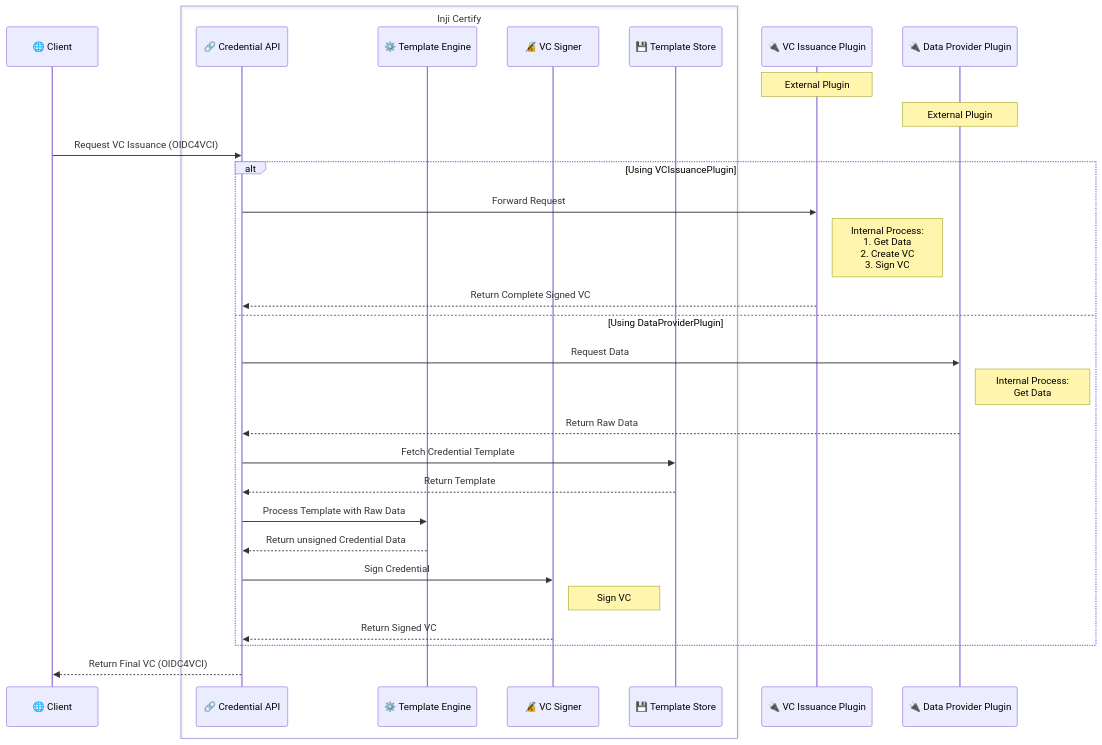
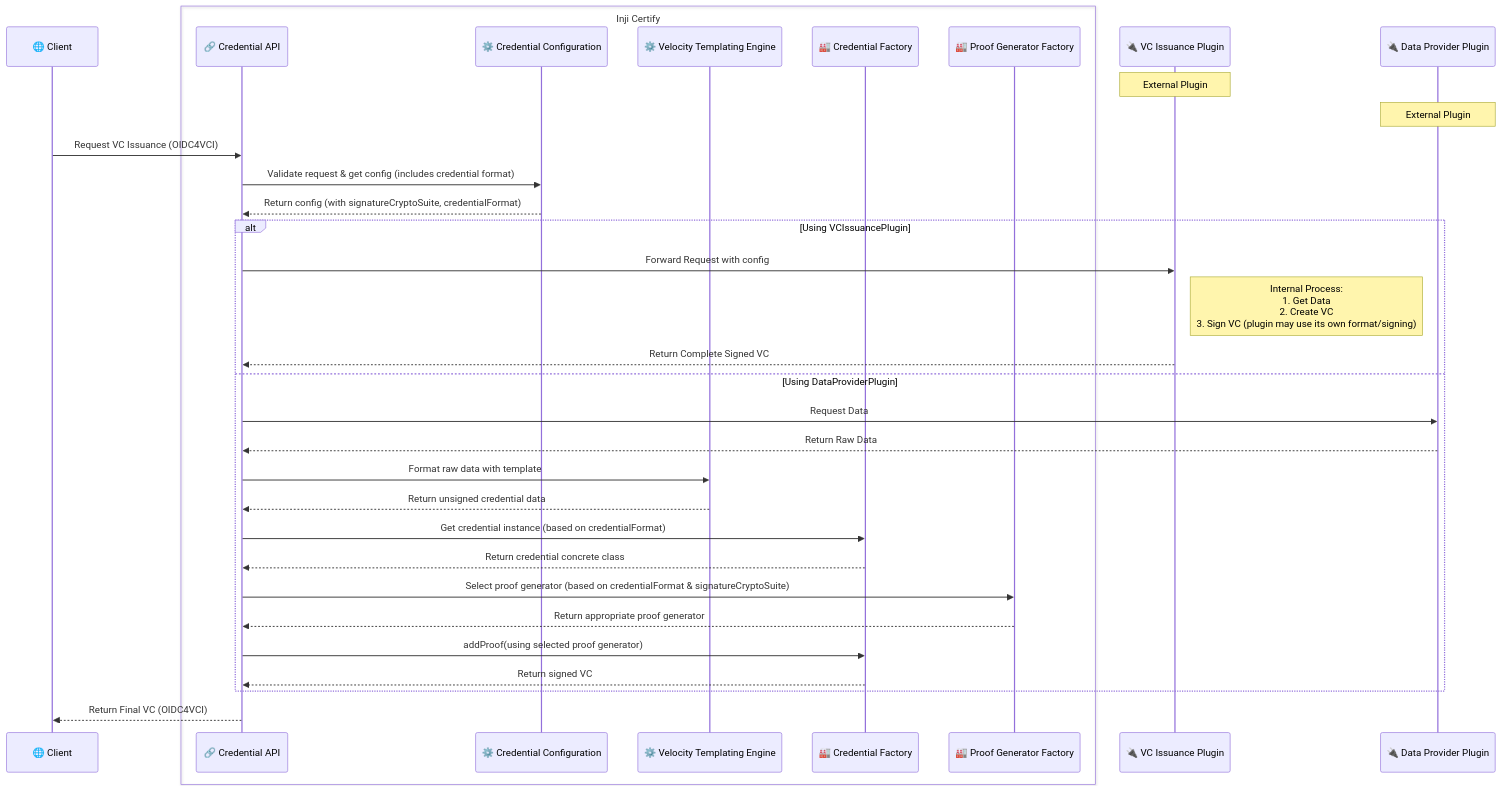
Before and after one commit to mosip/inji-certify: the diagram in docs/VCIssuance-vs-DataProvider.md, drawn with Mermaid. The commit also changed 4 other files, not shown here.

````diff
--- a/docs/VCIssuance-vs-DataProvider.md
+++ b/docs/VCIssuance-vs-DataProvider.md
@@ -11,40 +11,44 @@
 ```mermaid
 sequenceDiagram
     participant Client as 🌐 Client
     box Inji Certify #E6F3FF
-    participant credential_endpoint as 🔗 Credential API
-    participant VelocityEngine as ⚙️ Template Engine
-    participant VCSigner as 🔏 VC Signer
-    participant TemplateDB as 💾 Template Store
+    participant CredentialAPI as 🔗 Credential API
+    participant CredentialConfiguration as ⚙️ Credential Configuration
+    participant VelocityTemplatingEngine as ⚙️ Velocity Templating Engine
+    participant CredentialFactory as 🏭 Credential Factory
+    participant ProofGeneratorFactory as 🏭 Proof Generator Factory
     end
     participant VCIssuancePlugin as 🔌 VC Issuance Plugin
     participant DataProviderPlugin as 🔌 Data Provider Plugin
     
     Note over VCIssuancePlugin: External Plugin
     Note over DataProviderPlugin: External Plugin
-    
-    Client->>credential_endpoint: Request VC Issuance (OIDC4VCI)
+
+    Client->>CredentialAPI: Request VC Issuance (OIDC4VCI)
+    CredentialAPI->>CredentialConfiguration: Validate request & get config (includes credential format)
+    CredentialConfiguration-->>CredentialAPI: Return config (with signatureCryptoSuite, credentialFormat)
+
     alt Using VCIssuancePlugin
-        credential_endpoint->>VCIssuancePlugin: Forward Request
-        Note right of VCIssuancePlugin: Internal Process:<br/>1. Get Data<br/>2. Create VC<br/>3. Sign VC
-        VCIssuancePlugin-->>credential_endpoint: Return Complete Signed VC
-        
+        CredentialAPI->>VCIssuancePlugin: Forward Request with config
+        Note right of VCIssuancePlugin: Internal Process:<br/>1. Get Data<br/>2. Create VC<br/>3. Sign VC (plugin may use its own format/signing)
+        VCIssuancePlugin-->>CredentialAPI: Return Complete Signed VC
+
     else Using DataProviderPlugin
-        credential_endpoint->>DataProviderPlugin: Request Data
-        Note right of DataProviderPlugin: Internal Process:<br/>Get Data
-        DataProviderPlugin-->>credential_endpoint: Return Raw Data
-        
-        credential_endpoint->>TemplateDB: Fetch Credential Template
-        TemplateDB-->>credential_endpoint: Return Template
-        
-        credential_endpoint->>VelocityEngine: Process Template with Raw Data
-        VelocityEngine-->>credential_endpoint: Return unsigned Credential Data
-        
-        credential_endpoint->>VCSigner: Sign Credential
-        Note right of VCSigner: Sign VC
-        VCSigner-->>credential_endpoint: Return Signed VC 
-        
-        
+        CredentialAPI->>DataProviderPlugin: Request Data
+        DataProviderPlugin-->>CredentialAPI: Return Raw Data
+
+        CredentialAPI->>VelocityTemplatingEngine: Format raw data with template
+        VelocityTemplatingEngine-->>CredentialAPI: Return unsigned credential data
+
+        CredentialAPI->>CredentialFactory: Get credential instance (based on credentialFormat)
+        CredentialFactory-->>CredentialAPI: Return credential concrete class
+
+        CredentialAPI->>ProofGeneratorFactory: Select proof generator (based on credentialFormat & signatureCryptoSuite)
+        ProofGeneratorFactory-->>CredentialAPI: Return appropriate proof generator
+
+        CredentialAPI->>CredentialFactory: addProof(using selected proof generator)
+        CredentialFactory-->>CredentialAPI: Return signed VC
+
     end
-    credential_endpoint-->>Client: Return Final VC (OIDC4VCI)
+    CredentialAPI-->>Client: Return Final VC (OIDC4VCI)
 ```
````
